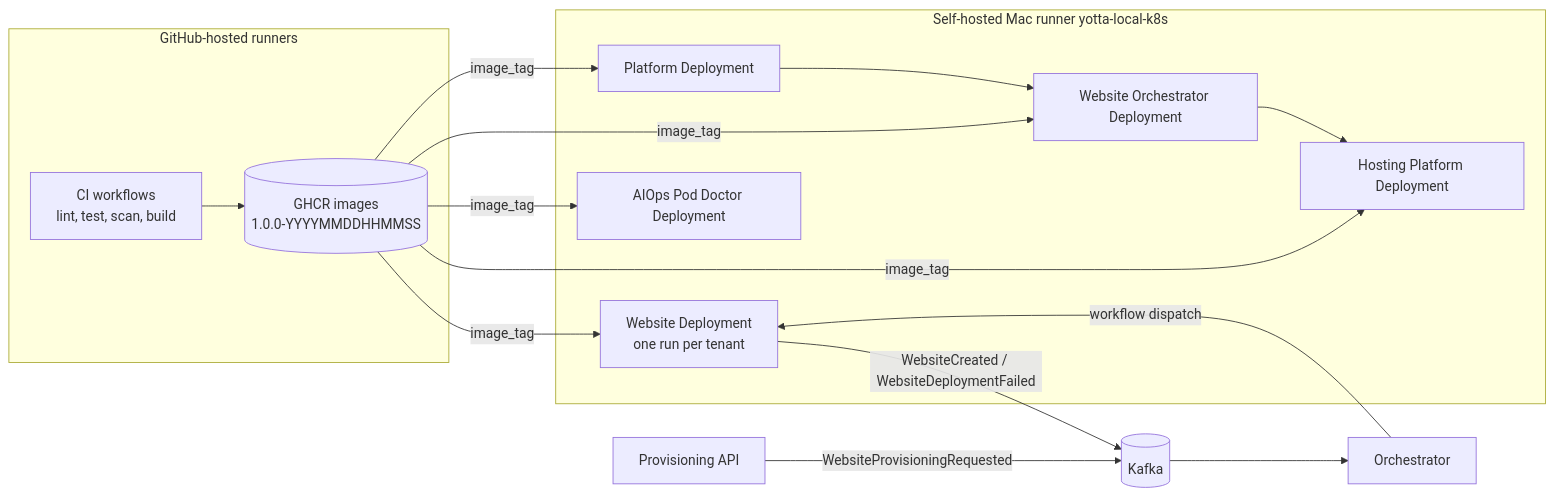
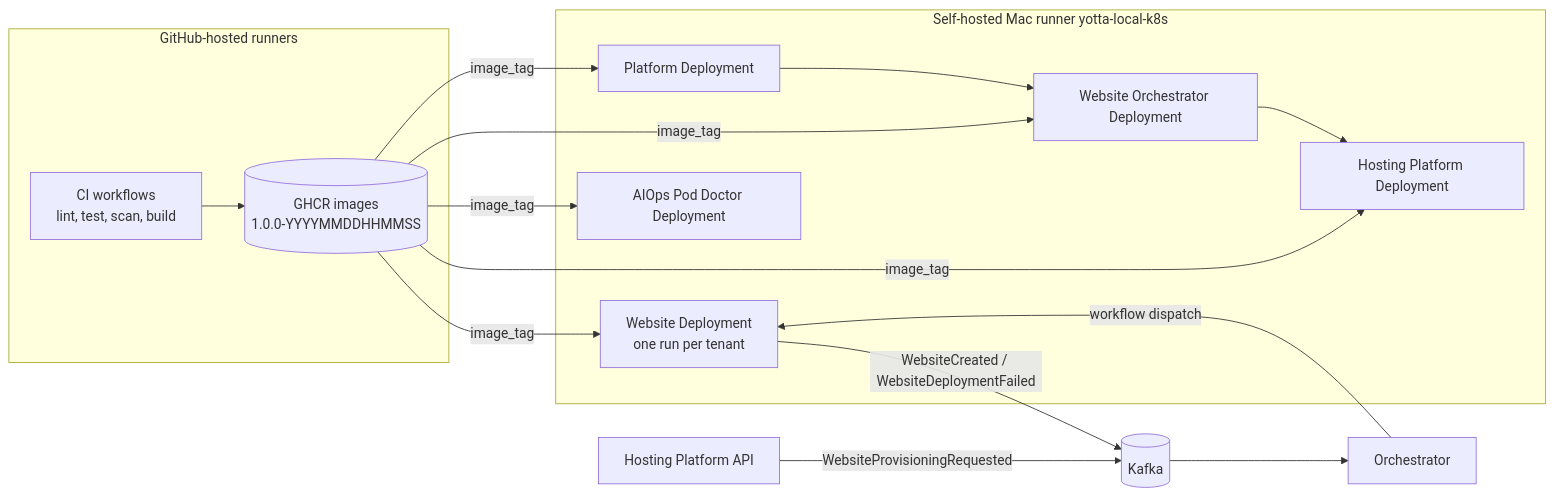
Before and after one commit to AnupamGupta86/yotta-multitenant-platform: the diagram in docs/github-actions-runbook.md, drawn with Mermaid. The commit also changed other lines of this file and 46 other files, not shown here.

````diff
--- a/docs/github-actions-runbook.md
+++ b/docs/github-actions-runbook.md
@@ -137,14 +138,14 @@
 ```mermaid
 flowchart LR
     subgraph GitHub-hosted runners
       CI[CI workflows<br/>lint, test, scan, build] --> GHCR[(GHCR images<br/>1.0.0-YYYYMMDDHHMMSS)]
     end
     subgraph Self-hosted Mac runner yotta-local-k8s
       PCD[Platform Deployment] --> OCD[Website Orchestrator Deployment] --> WPCD[Hosting Platform Deployment]
       ACD[Website Deployment<br/>one run per tenant]
       AICD[AIOps Pod Doctor Deployment]
     end
     GHCR -->|image_tag| PCD & OCD & WPCD & ACD & AICD
-    API[Provisioning API] -->|WebsiteProvisioningRequested| Kafka[(Kafka)] --> Orch[Orchestrator] -->|workflow dispatch| ACD
+    API[Hosting Platform API] -->|WebsiteProvisioningRequested| Kafka[(Kafka)] --> Orch[Orchestrator] -->|workflow dispatch| ACD
     ACD -->|WebsiteCreated / WebsiteDeploymentFailed| Kafka
 ```
````
